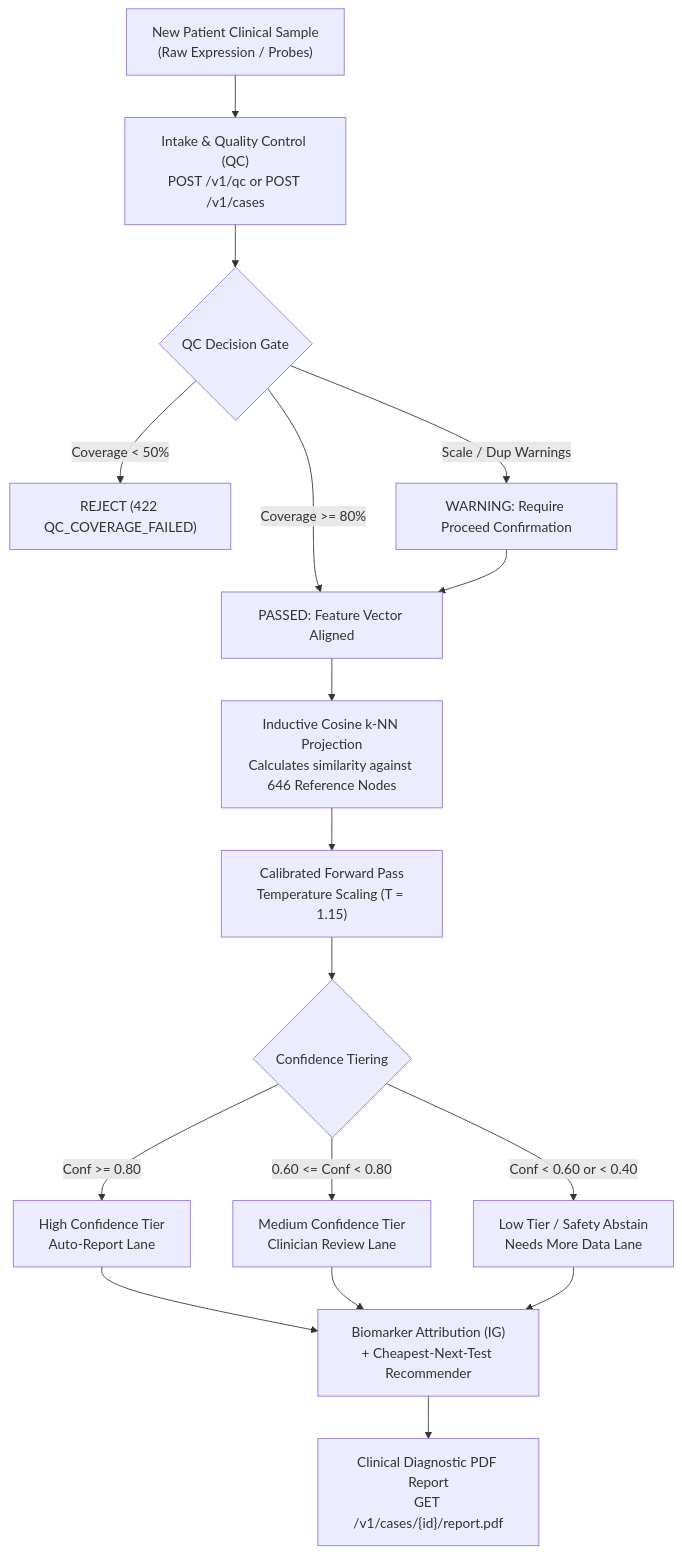
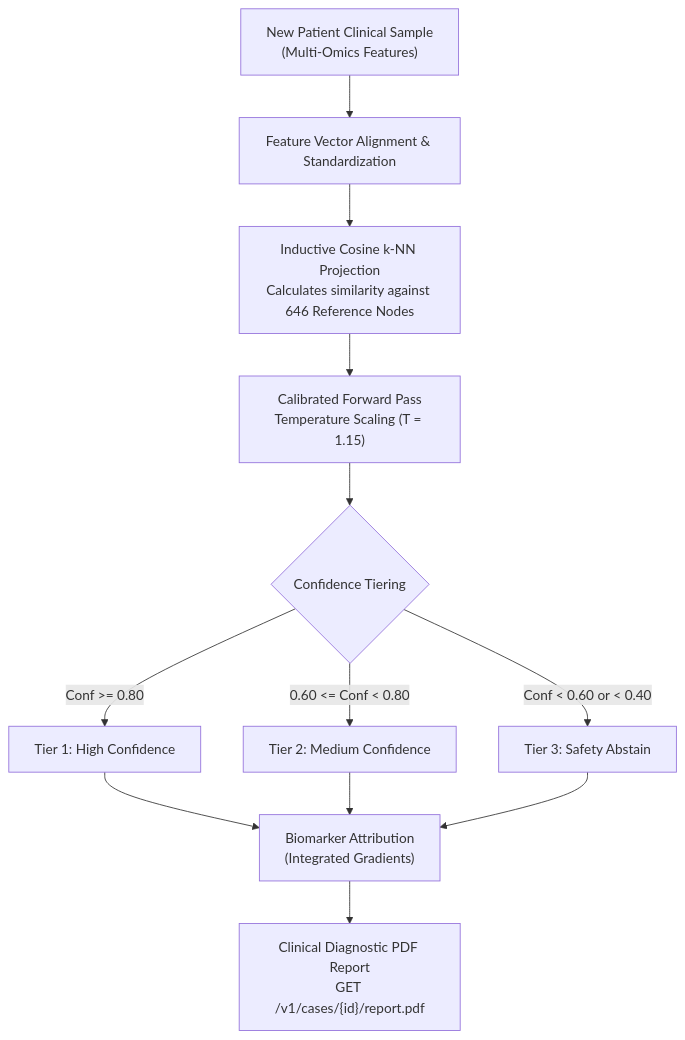
Before and after one commit to KhushiKhanna142/BioNexus: the third of 3 diagrams in docs/PROJECT_WRITEUP.md, drawn with Mermaid. The commit also changed other lines of this file and 2 other files, not shown here.

````diff
--- a/docs/PROJECT_WRITEUP.md
+++ b/docs/PROJECT_WRITEUP.md
@@ -380,19 +380,14 @@
 ```mermaid
 graph TD
-    A["New Patient Clinical Sample<br>(Raw Expression / Probes)"] --> B["Intake & Quality Control (QC)<br>POST /v1/qc or POST /v1/cases"]
-    B --> C{"QC Decision Gate"}
-    C -- "Coverage < 50%" --> D["REJECT (422 QC_COVERAGE_FAILED)"]
-    C -- "Scale / Dup Warnings" --> E["WARNING: Require Proceed Confirmation"]
-    C -- "Coverage >= 80%" --> F["PASSED: Feature Vector Aligned"]
-    E --> F
-    F --> G["Inductive Cosine k-NN Projection<br>Calculates similarity against 646 Reference Nodes"]
-    G --> H["Calibrated Forward Pass<br>Temperature Scaling (T = 1.15)"]
-    H --> I{"Confidence Tiering"}
-    I -- "Conf >= 0.80" --> J["High Confidence Tier<br>Auto-Report Lane"]
-    I -- "0.60 <= Conf < 0.80" --> K["Medium Confidence Tier<br>Clinician Review Lane"]
-    I -- "Conf < 0.60 or < 0.40" --> L["Low Tier / Safety Abstain<br>Needs More Data Lane"]
-    J --> M["Biomarker Attribution (IG)<br>+ Cheapest-Next-Test Recommender"]
-    K --> M
-    L --> M
-    M --> N["Clinical Diagnostic PDF Report<br>GET /v1/cases/{id}/report.pdf"]
+    A["New Patient Clinical Sample<br>(Multi-Omics Features)"] --> B["Feature Vector Alignment & Standardization"]
+    B --> C["Inductive Cosine k-NN Projection<br>Calculates similarity against 646 Reference Nodes"]
+    C --> D["Calibrated Forward Pass<br>Temperature Scaling (T = 1.15)"]
+    D --> E{"Confidence Tiering"}
+    E -- "Conf >= 0.80" --> F["Tier 1: High Confidence"]
+    E -- "0.60 <= Conf < 0.80" --> G["Tier 2: Medium Confidence"]
+    E -- "Conf < 0.60 or < 0.40" --> H["Tier 3: Safety Abstain"]
+    F --> I["Biomarker Attribution<br>(Integrated Gradients)"]
+    G --> I
+    H --> I
+    I --> J["Clinical Diagnostic PDF Report<br>GET /v1/cases/{id}/report.pdf"]
 ```
````
